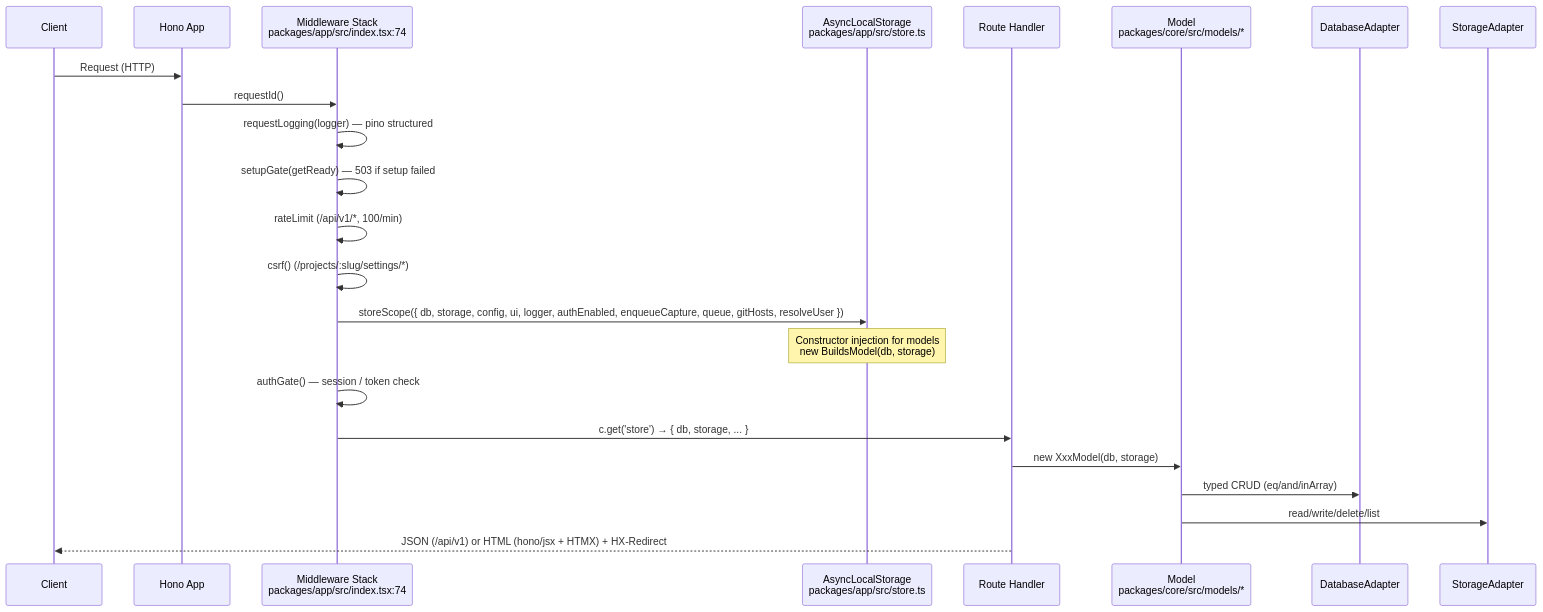
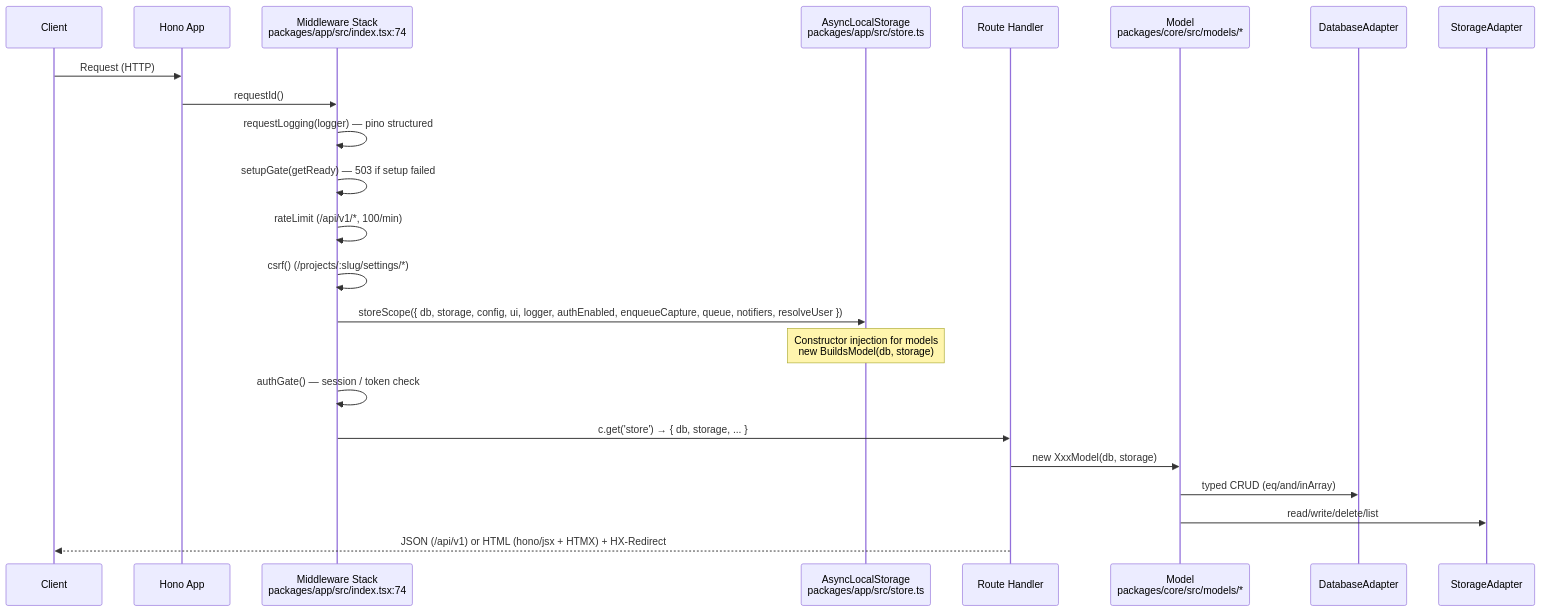
Before and after one commit to GuptaSiddhant/StoryShelf: the fourth of 18 diagrams in docs/architecture-diagrams.md, drawn with Mermaid. The commit also changed other lines of this file and 203 other files, not shown here.

````diff
--- a/docs/architecture-diagrams.md
+++ b/docs/architecture-diagrams.md
@@ -212,26 +210,26 @@
 ```mermaid
 sequenceDiagram
     participant Client
     participant Hono as Hono App
     participant MW as Middleware Stack<br/>packages/app/src/index.tsx:74
     participant Store as AsyncLocalStorage<br/>packages/app/src/store.ts
     participant Handler as Route Handler
     participant Model as Model<br/>packages/core/src/models/*
     participant DB as DatabaseAdapter
     participant Storage as StorageAdapter
 
     Client->>Hono: Request (HTTP)
     Hono->>MW: requestId()
     MW->>MW: requestLogging(logger) — pino structured
     MW->>MW: setupGate(getReady) — 503 if setup failed
     MW->>MW: rateLimit (/api/v1/*, 100/min)
     MW->>MW: csrf() (/projects/:slug/settings/*)
-    MW->>Store: storeScope({ db, storage, config, ui, logger, authEnabled, enqueueCapture, queue, gitHosts, resolveUser })
+    MW->>Store: storeScope({ db, storage, config, ui, logger, authEnabled, enqueueCapture, queue, notifiers, resolveUser })
     Note over Store: Constructor injection for models<br/>new BuildsModel(db, storage)
     MW->>MW: authGate() — session / token check
     MW->>Handler: c.get('store') → { db, storage, ... }
     Handler->>Model: new XxxModel(db, storage)
     Model->>DB: typed CRUD (eq/and/inArray)
     Model->>Storage: read/write/delete/list
     Handler-->>Client: JSON (/api/v1) or HTML (hono/jsx + HTMX) + HX-Redirect
 ```
````
